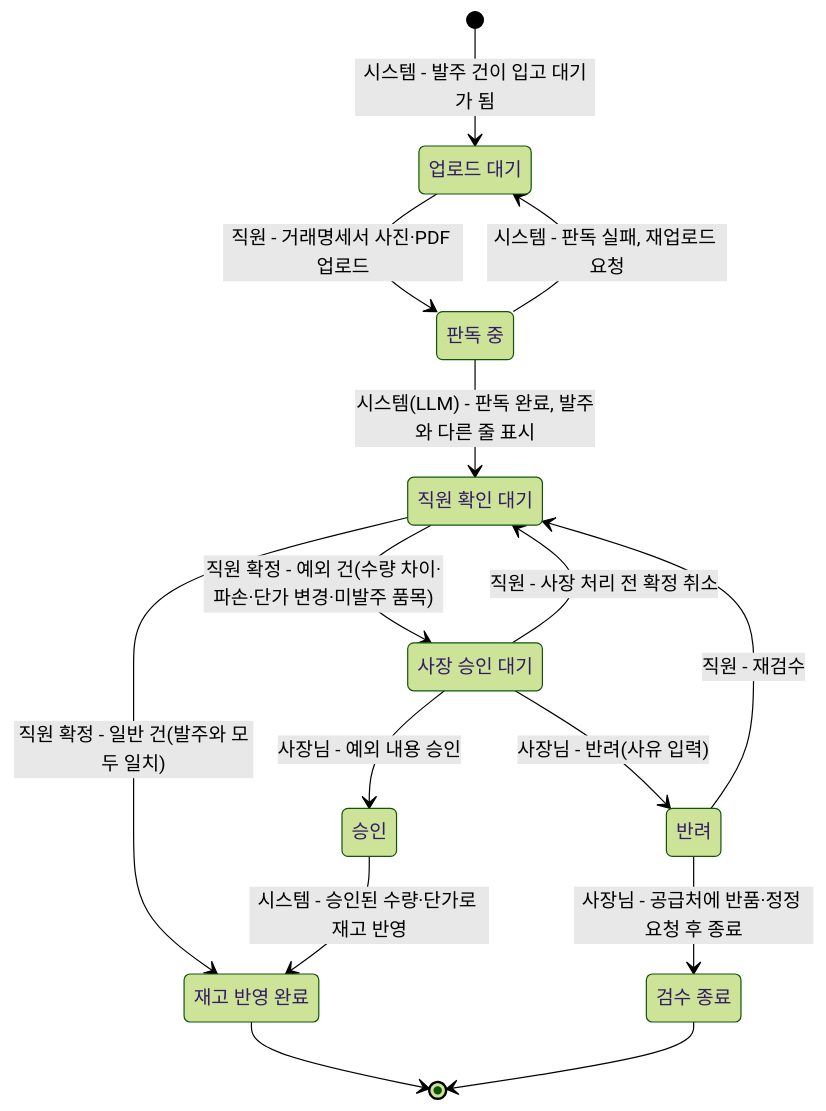
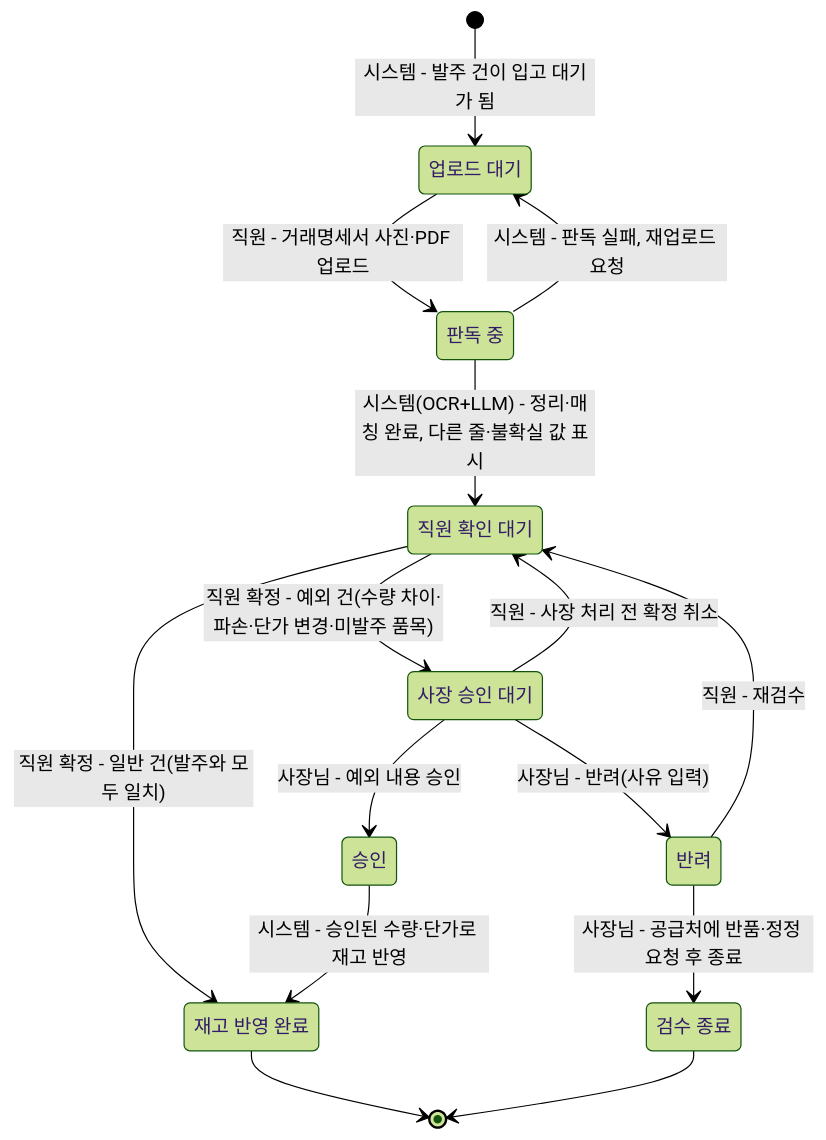
One commit to Ch0ngchongchong/document changed the diagram in docs/domain/03-rules-states-llm.md. Above: the diagram before and after it, drawn with Mermaid (forest theme). The commit also changed other lines of this file, not shown here.

````diff
--- a/docs/domain/03-rules-states-llm.md
+++ b/docs/domain/03-rules-states-llm.md
@@ -57,29 +57,29 @@
 ```mermaid
 stateDiagram-v2
     state "업로드 대기" as Upload
     state "판독 중" as Reading
     state "직원 확인 대기" as StaffCheck
     state "사장 승인 대기" as OwnerApproval
     state "승인" as Approved
     state "반려" as Rejected
     state "재고 반영 완료" as Applied
     state "검수 종료" as Closed
 
     [*] --> Upload : 시스템 - 발주 건이 입고 대기가 됨
     Upload --> Reading : 직원 - 거래명세서 사진·PDF 업로드
-    Reading --> StaffCheck : 시스템(LLM) - 판독 완료, 발주와 다른 줄 표시
+    Reading --> StaffCheck : 시스템(OCR+LLM) - 정리·매칭 완료, 다른 줄·불확실 값 표시
     Reading --> Upload : 시스템 - 판독 실패, 재업로드 요청
 
     StaffCheck --> Applied : 직원 확정 - 일반 건(발주와 모두 일치)
     StaffCheck --> OwnerApproval : 직원 확정 - 예외 건(수량 차이·파손·단가 변경·미발주 품목)
     OwnerApproval --> StaffCheck : 직원 - 사장 처리 전 확정 취소
 
     OwnerApproval --> Approved : 사장님 - 예외 내용 승인
     OwnerApproval --> Rejected : 사장님 - 반려(사유 입력)
     Approved --> Applied : 시스템 - 승인된 수량·단가로 재고 반영
     Rejected --> StaffCheck : 직원 - 재검수
     Rejected --> Closed : 사장님 - 공급처에 반품·정정 요청 후 종료
 
     Applied --> [*]
     Closed --> [*]
 ```
````
